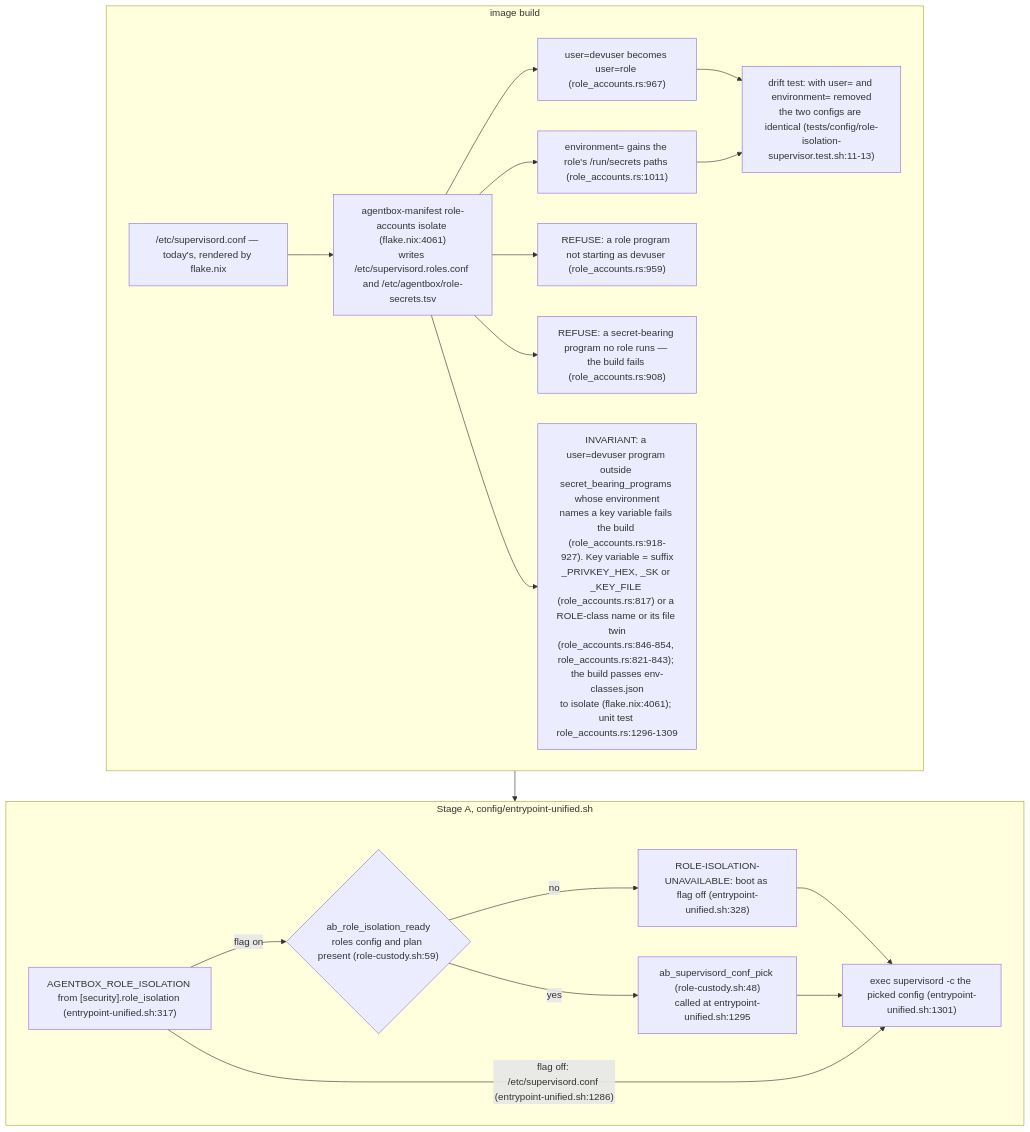
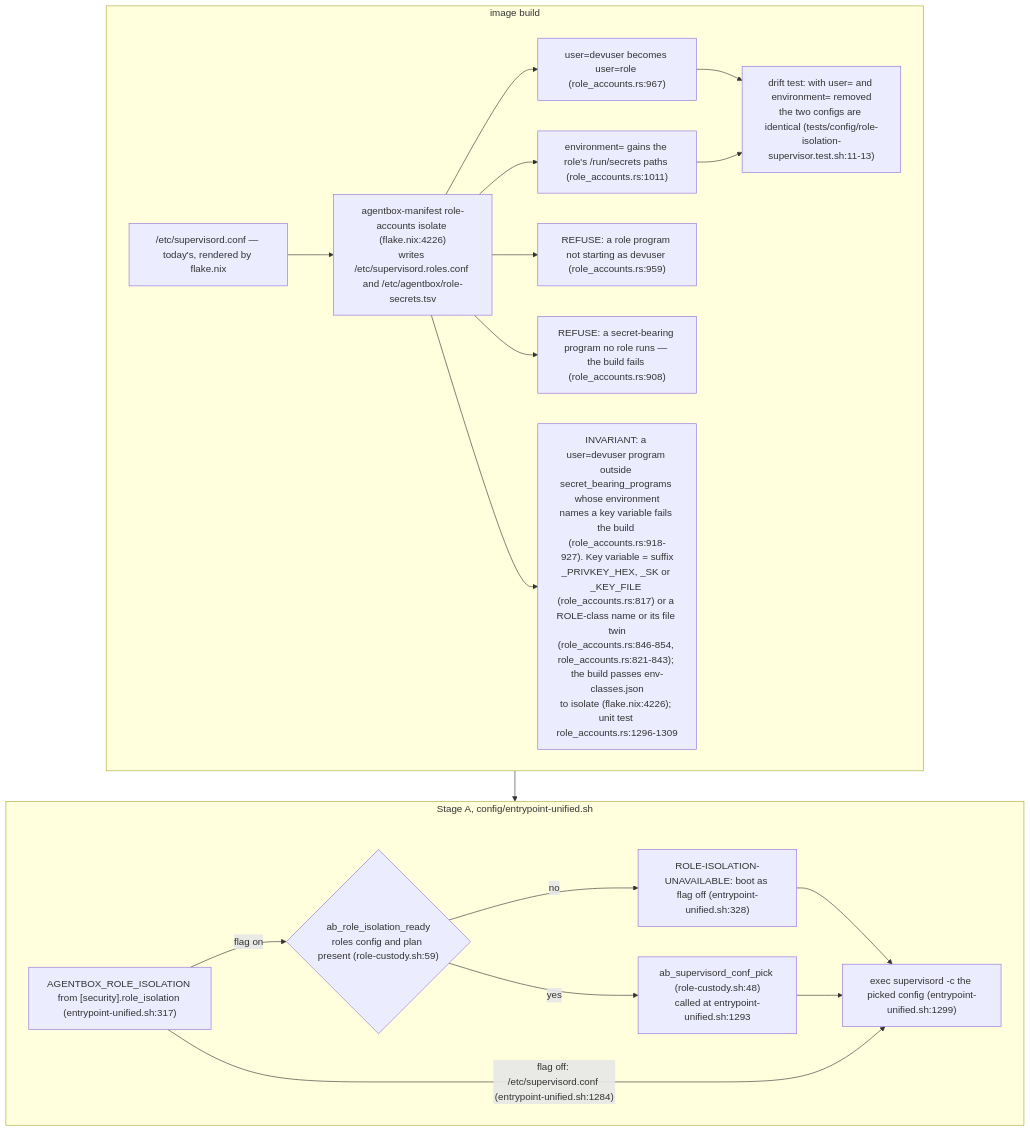
The second of 7 diagrams in docs/diagrams/agentbox/36-role-isolation-and-identity-port.md (DreamLab-AI/VisionFlow), drawn with Mermaid before and after one commit. The commit also changed other lines of this file and 12 other files, not shown here.

````diff
--- a/docs/diagrams/agentbox/36-role-isolation-and-identity-port.md
+++ b/docs/diagrams/agentbox/36-role-isolation-and-identity-port.md
@@ -91,28 +91,28 @@
 ```mermaid
 flowchart TB
     subgraph BUILD["image build"]
         TODAY["/etc/supervisord.conf — today's, rendered by flake.nix"]
-        ISO["agentbox-manifest role-accounts isolate (flake.nix:4061)<br/>writes /etc/supervisord.roles.conf and /etc/agentbox/role-secrets.tsv"]
+        ISO["agentbox-manifest role-accounts isolate (flake.nix:4226)<br/>writes /etc/supervisord.roles.conf and /etc/agentbox/role-secrets.tsv"]
         TODAY --> ISO
         ISO --> R1["user=devuser becomes user=role (role_accounts.rs:967)"]
         ISO --> R2["environment= gains the role's /run/secrets paths (role_accounts.rs:1011)"]
         ISO --> F1["REFUSE: a role program not starting as devuser (role_accounts.rs:959)"]
         ISO --> F2["REFUSE: a secret-bearing program no role runs — the build fails (role_accounts.rs:908)"]
-        ISO --> F3["INVARIANT: a user=devuser program outside secret_bearing_programs whose environment<br/>names a key variable fails the build (role_accounts.rs:918-927). Key variable = suffix<br/>_PRIVKEY_HEX, _SK or _KEY_FILE (role_accounts.rs:817) or a ROLE-class name or its file twin<br/>(role_accounts.rs:846-854, role_accounts.rs:821-843); the build passes env-classes.json<br/>to isolate (flake.nix:4061); unit test role_accounts.rs:1296-1309"]
+        ISO --> F3["INVARIANT: a user=devuser program outside secret_bearing_programs whose environment<br/>names a key variable fails the build (role_accounts.rs:918-927). Key variable = suffix<br/>_PRIVKEY_HEX, _SK or _KEY_FILE (role_accounts.rs:817) or a ROLE-class name or its file twin<br/>(role_accounts.rs:846-854, role_accounts.rs:821-843); the build passes env-classes.json<br/>to isolate (flake.nix:4226); unit test role_accounts.rs:1296-1309"]
         T["drift test: with user= and environment= removed<br/>the two configs are identical (tests/config/role-isolation-supervisor.test.sh:11-13)"]
         R1 --> T
         R2 --> T
     end
     subgraph BOOT["Stage A, config/entrypoint-unified.sh"]
         FLAG["AGENTBOX_ROLE_ISOLATION from [security].role_isolation (entrypoint-unified.sh:317)"]
         READY{"ab_role_isolation_ready<br/>roles config and plan present (role-custody.sh:59)"}
         UN["ROLE-ISOLATION-UNAVAILABLE: boot as flag off (entrypoint-unified.sh:328)"]
-        PICK["ab_supervisord_conf_pick (role-custody.sh:48)<br/>called at entrypoint-unified.sh:1295"]
-        EXEC["exec supervisord -c the picked config (entrypoint-unified.sh:1301)"]
+        PICK["ab_supervisord_conf_pick (role-custody.sh:48)<br/>called at entrypoint-unified.sh:1293"]
+        EXEC["exec supervisord -c the picked config (entrypoint-unified.sh:1299)"]
         FLAG -->|"flag on"| READY
         READY -->|"no"| UN --> EXEC
         READY -->|"yes"| PICK --> EXEC
-        FLAG -->|"flag off: /etc/supervisord.conf (entrypoint-unified.sh:1286)"| EXEC
+        FLAG -->|"flag off: /etc/supervisord.conf (entrypoint-unified.sh:1284)"| EXEC
     end
     BUILD --> BOOT
 ```
````
